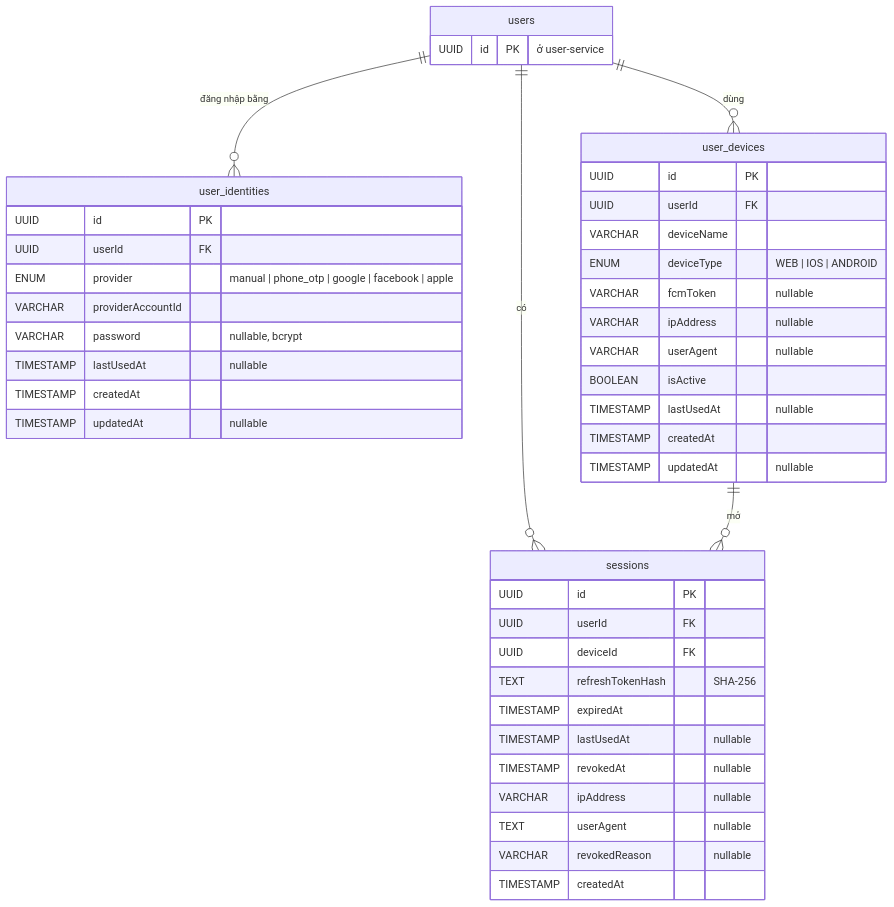
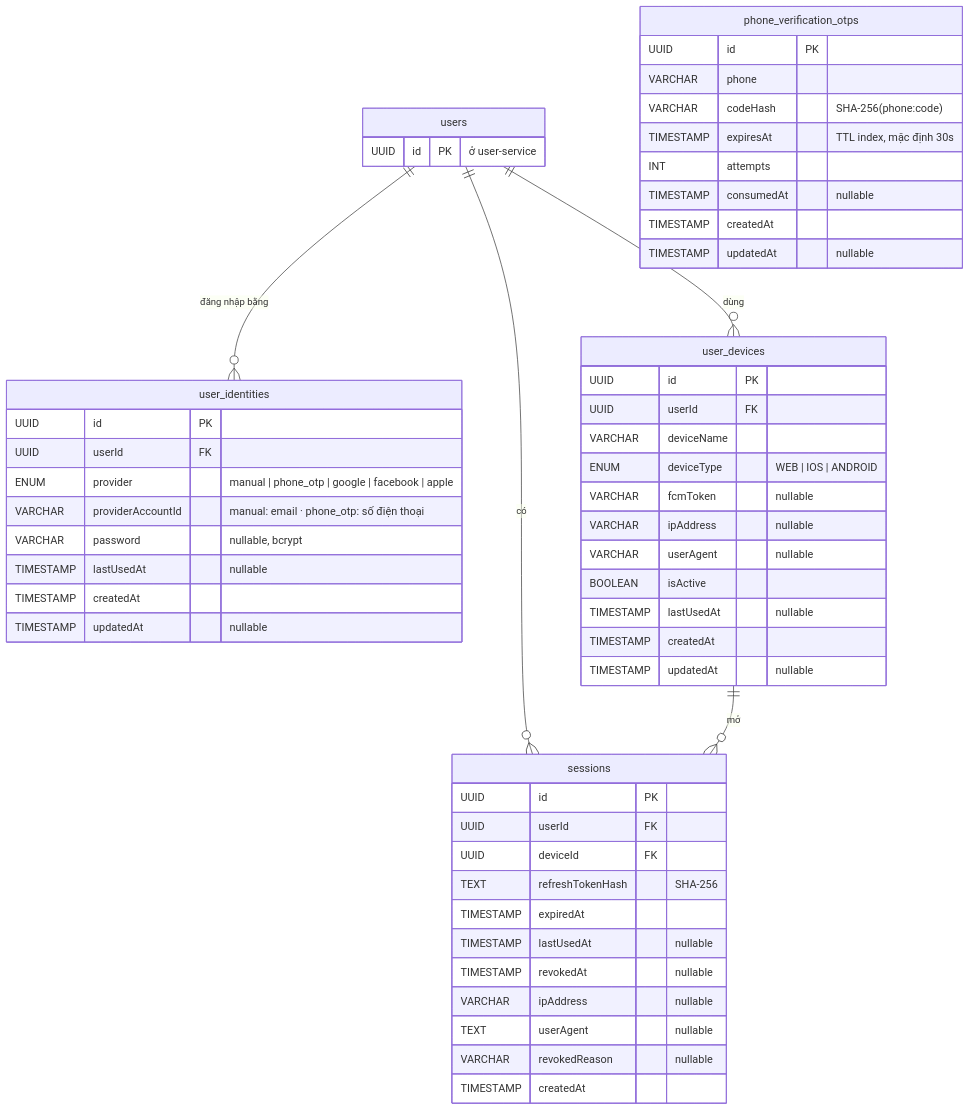
Before and after one commit to nguyenchicuong31998/auth-service: the diagram in docs/ERD.md, drawn with Mermaid. The commit also changed other lines of this file and 29 other files, not shown here.

First line of the commit message:
Add passwordless phone login with OTP

````diff
--- a/docs/ERD.md
+++ b/docs/ERD.md
@@ -20,47 +20,57 @@
 ```mermaid
 erDiagram
     users ||--o{ user_identities : "đăng nhập bằng"
     users ||--o{ user_devices : "dùng"
     users ||--o{ sessions : "có"
     user_devices ||--o{ sessions : "mở"
 
     users {
         UUID id PK "ở user-service"
     }
     user_identities {
         UUID id PK
         UUID userId FK
         ENUM provider "manual | phone_otp | google | facebook | apple"
-        VARCHAR providerAccountId
+        VARCHAR providerAccountId "manual: email · phone_otp: số điện thoại"
         VARCHAR password "nullable, bcrypt"
         TIMESTAMP lastUsedAt "nullable"
+        TIMESTAMP createdAt
+        TIMESTAMP updatedAt "nullable"
+    }
+    phone_verification_otps {
+        UUID id PK
+        VARCHAR phone
+        VARCHAR codeHash "SHA-256(phone:code)"
+        TIMESTAMP expiresAt "TTL index, mặc định 30s"
+        INT attempts
+        TIMESTAMP consumedAt "nullable"
         TIMESTAMP createdAt
         TIMESTAMP updatedAt "nullable"
     }
     user_devices {
         UUID id PK
         UUID userId FK
         VARCHAR deviceName
         ENUM deviceType "WEB | IOS | ANDROID"
         VARCHAR fcmToken "nullable"
         VARCHAR ipAddress "nullable"
         VARCHAR userAgent "nullable"
         BOOLEAN isActive
         TIMESTAMP lastUsedAt "nullable"
         TIMESTAMP createdAt
         TIMESTAMP updatedAt "nullable"
     }
     sessions {
         UUID id PK
         UUID userId FK
         UUID deviceId FK
         TEXT refreshTokenHash "SHA-256"
         TIMESTAMP expiredAt
         TIMESTAMP lastUsedAt "nullable"
         TIMESTAMP revokedAt "nullable"
         VARCHAR ipAddress "nullable"
         TEXT userAgent "nullable"
         VARCHAR revokedReason "nullable"
         TIMESTAMP createdAt
     }
 ```
````
